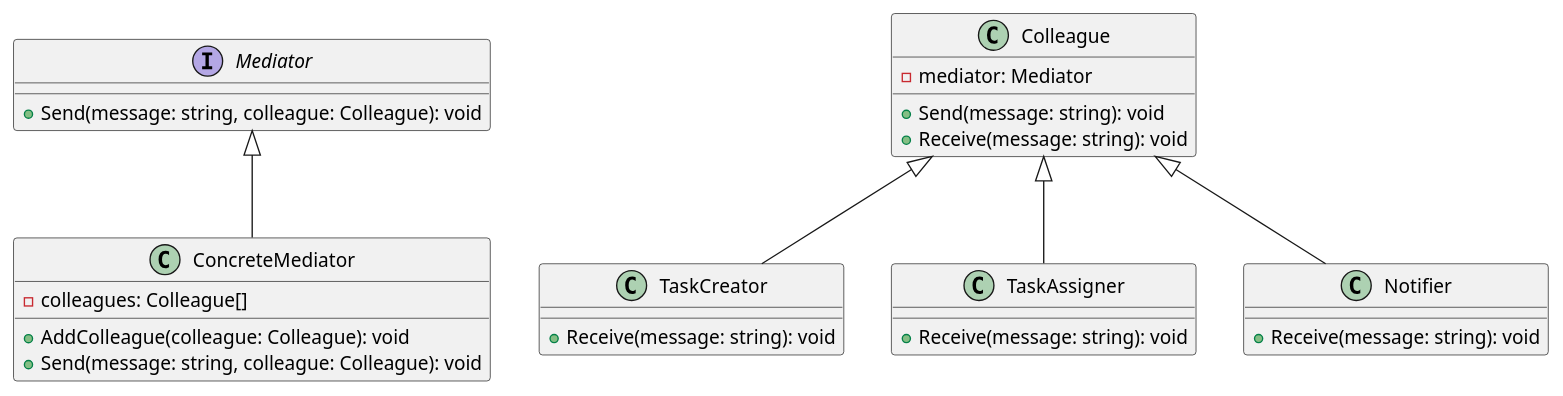
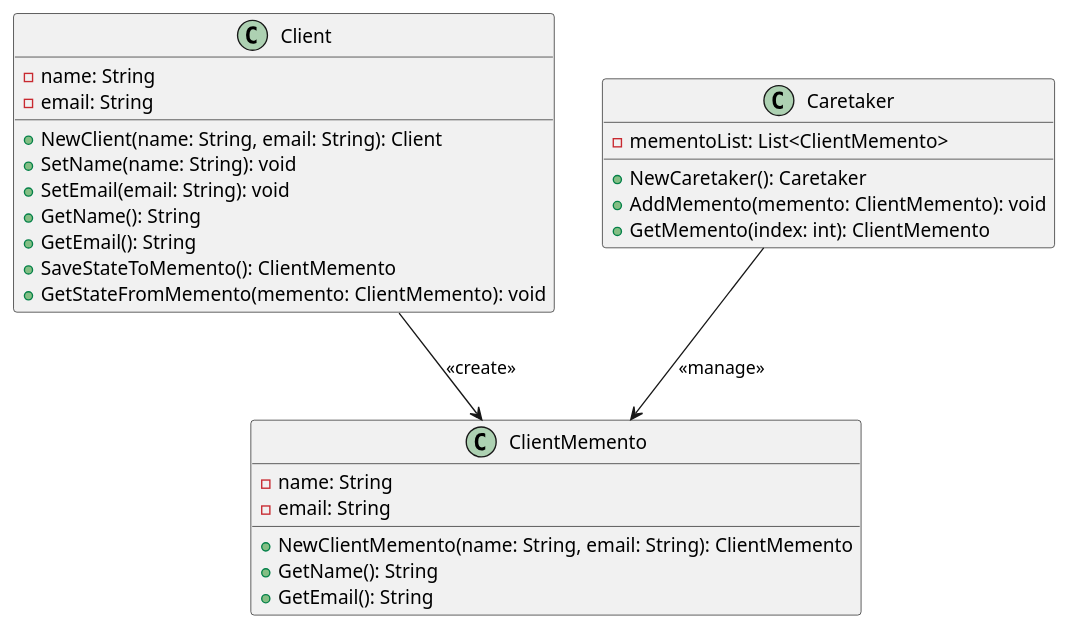
One commit to andrewovchinnikov/design-patterns changed the diagram in klassifikaciya-patternov/povedencheskie-patterny-behavioral-patterns/mnemoniko-memento/primery/sistema-otmeny-deistvii-v-crm/go.md. Above: the diagram before and after it, drawn with PlantUML. The commit also changed other lines of this file and 96 other files, not shown here.

````diff
--- a/klassifikaciya-patternov/povedencheskie-patterny-behavioral-patterns/mnemoniko-memento/primery/sistema-otmeny-deistvii-v-crm/go.md
+++ b/klassifikaciya-patternov/povedencheskie-patterny-behavioral-patterns/mnemoniko-memento/primery/sistema-otmeny-deistvii-v-crm/go.md
@@ -134,38 +140,35 @@
 ```plantuml
 @startuml
 
-interface Mediator {
-    +Send(message: string, colleague: Colleague): void
+class Client {
+    -name: String
+    -email: String
+    +NewClient(name: String, email: String): Client
+    +SetName(name: String): void
+    +SetEmail(email: String): void
+    +GetName(): String
+    +GetEmail(): String
+    +SaveStateToMemento(): ClientMemento
+    +GetStateFromMemento(memento: ClientMemento): void
 }
 
-class Colleague {
-    -mediator: Mediator
-    +Send(message: string): void
-    +Receive(message: string): void
+class ClientMemento {
+    -name: String
+    -email: String
+    +NewClientMemento(name: String, email: String): ClientMemento
+    +GetName(): String
+    +GetEmail(): String
 }
 
-class ConcreteMediator {
-    -colleagues: Colleague[]
-    +AddColleague(colleague: Colleague): void
-    +Send(message: string, colleague: Colleague): void
+class Caretaker {
+    -mementoList: List<ClientMemento>
+    +NewCaretaker(): Caretaker
+    +AddMemento(memento: ClientMemento): void
+    +GetMemento(index: int): ClientMemento
 }
 
-class TaskCreator {
-    +Receive(message: string): void
-}
-
-class TaskAssigner {
-    +Receive(message: string): void
-}
-
-class Notifier {
-    +Receive(message: string): void
-}
-
-Mediator <|-- ConcreteMediator
-Colleague <|-- TaskCreator
-Colleague <|-- TaskAssigner
-Colleague <|-- Notifier
+Client --> ClientMemento: <<create>>
+Caretaker --> ClientMemento: <<manage>>
 
 @enduml
 ```
````
